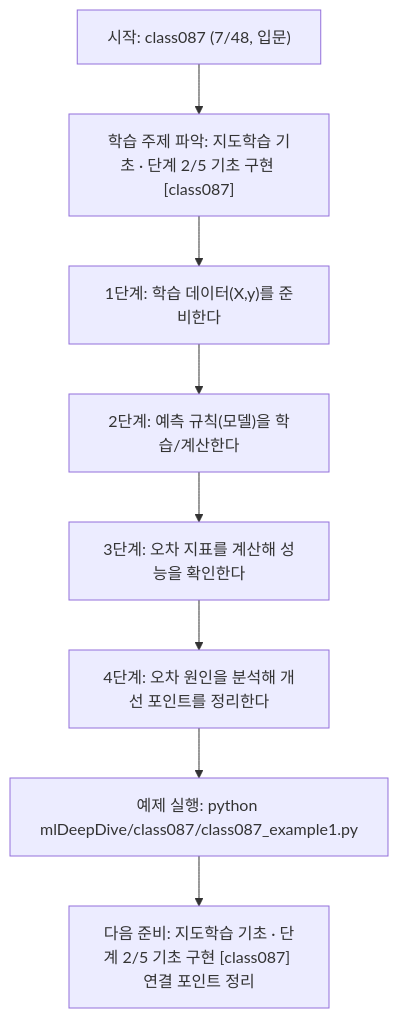
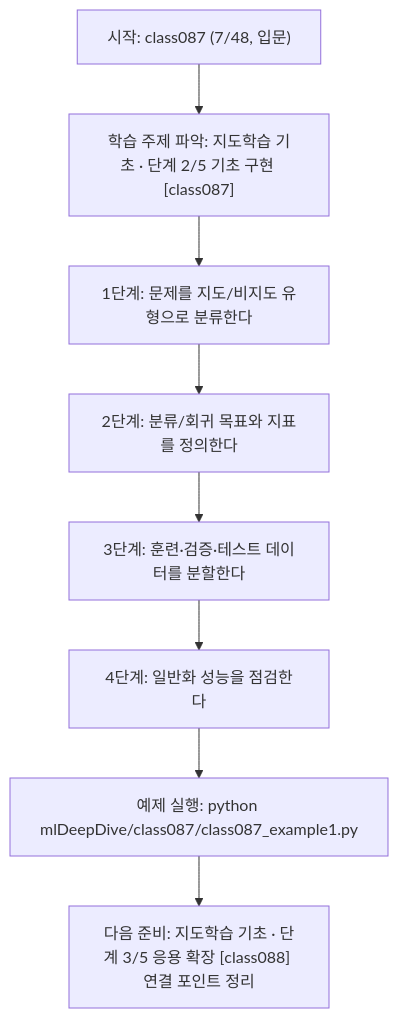
Before and after one commit to edumgt/Python-AI_Agent-Class: the diagram in mlDeepDive/class087/class087.md, drawn with Mermaid. The commit also changed other lines of this file and 338 other files, not shown here.

````diff
--- a/mlDeepDive/class087/class087.md
+++ b/mlDeepDive/class087/class087.md
@@ -109,18 +90,18 @@
 ```mermaid
 flowchart TD
 N1["시작: class087 (7/48, 입문)"]
 N2["학습 주제 파악: 지도학습 기초 · 단계 2/5 기초 구현 [class087]"]
-N3["1단계: 학습 데이터(X,y)를 준비한다"]
-N4["2단계: 예측 규칙(모델)을 학습/계산한다"]
-N5["3단계: 오차 지표를 계산해 성능을 확인한다"]
-N6["4단계: 오차 원인을 분석해 개선 포인트를 정리한다"]
+N3["1단계: 문제를 지도/비지도 유형으로 분류한다"]
+N4["2단계: 분류/회귀 목표와 지표를 정의한다"]
+N5["3단계: 훈련·검증·테스트 데이터를 분할한다"]
+N6["4단계: 일반화 성능을 점검한다"]
 N7["예제 실행: python mlDeepDive/class087/class087_example1.py"]
-N8["다음 준비: 지도학습 기초 · 단계 2/5 기초 구현 [class087] 연결 포인트 정리"]
+N8["다음 준비: 지도학습 기초 · 단계 3/5 응용 확장 [class088] 연결 포인트 정리"]
 N1 --> N2
 N2 --> N3
 N3 --> N4
 N4 --> N5
 N5 --> N6
 N6 --> N7
 N7 --> N8
 ```
````
